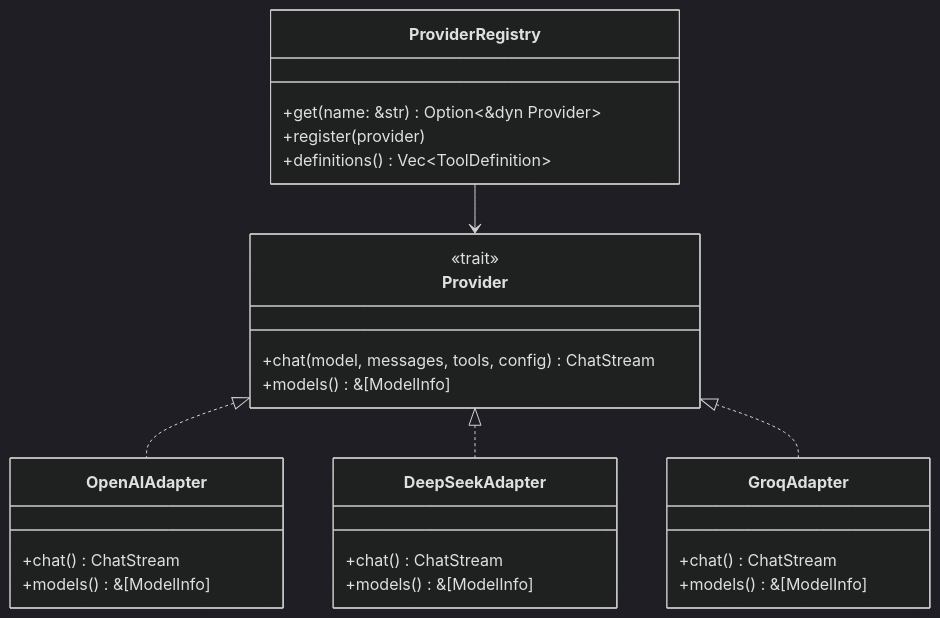
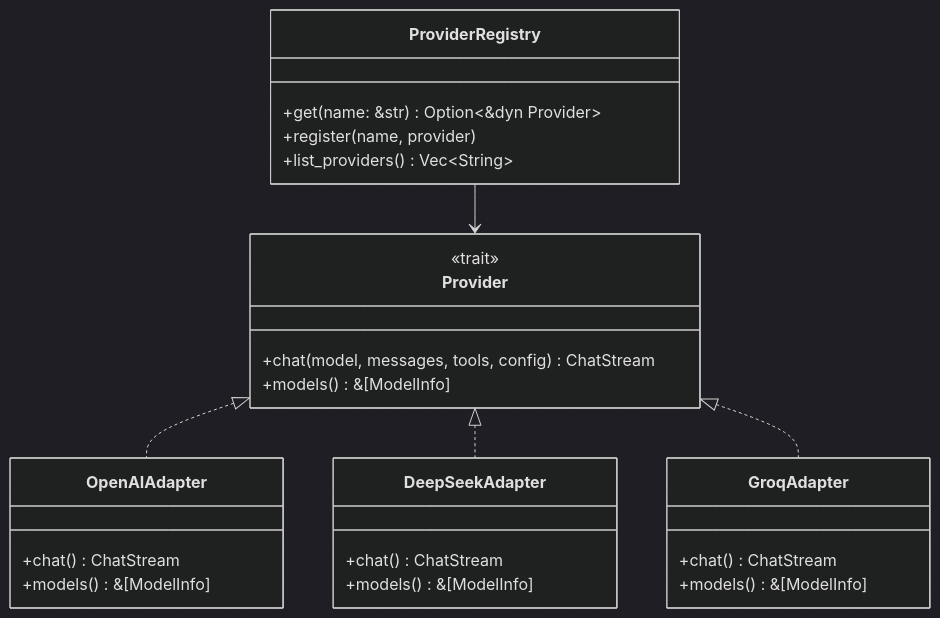
One commit to CheneyYin/emergence changed the sixth of 23 diagrams in docs/superpowers/specs/2026-05-04-emergence-design.md. Above: the diagram before and after it, drawn with Mermaid (dark theme). The commit also changed other lines of this file, not shown here.

Commit message:
fix: self-review — fix scope table, remove unused PS methods, unify Session struct, update architecture graph, fix separators, fix process_stream signature

````diff
--- a/docs/superpowers/specs/2026-05-04-emergence-design.md
+++ b/docs/superpowers/specs/2026-05-04-emergence-design.md
@@ -310,34 +312,34 @@
 ```mermaid
 classDiagram
     class ProviderRegistry {
         +get(name: &str) Option~&dyn Provider~
-        +register(provider)
-        +definitions() Vec~ToolDefinition~
+        +register(name, provider)
+        +list_providers() Vec~String~
     }
 
     class Provider {
         <<trait>>
         +chat(model, messages, tools, config) ChatStream
         +models() &[ModelInfo]
     }
 
     class OpenAIAdapter {
         +chat() ChatStream
         +models() &[ModelInfo]
     }
 
     class DeepSeekAdapter {
         +chat() ChatStream
         +models() &[ModelInfo]
     }
 
     class GroqAdapter {
         +chat() ChatStream
         +models() &[ModelInfo]
     }
 
     ProviderRegistry --> Provider
     Provider <|.. OpenAIAdapter
     Provider <|.. DeepSeekAdapter
     Provider <|.. GroqAdapter
 ```
````
